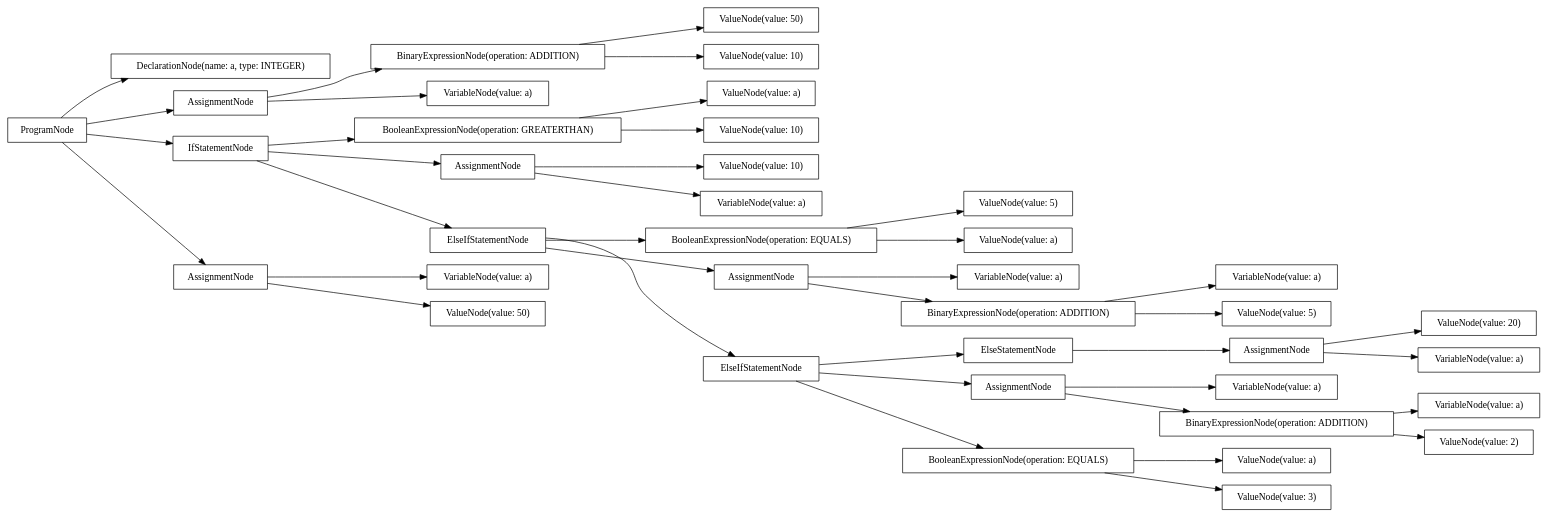
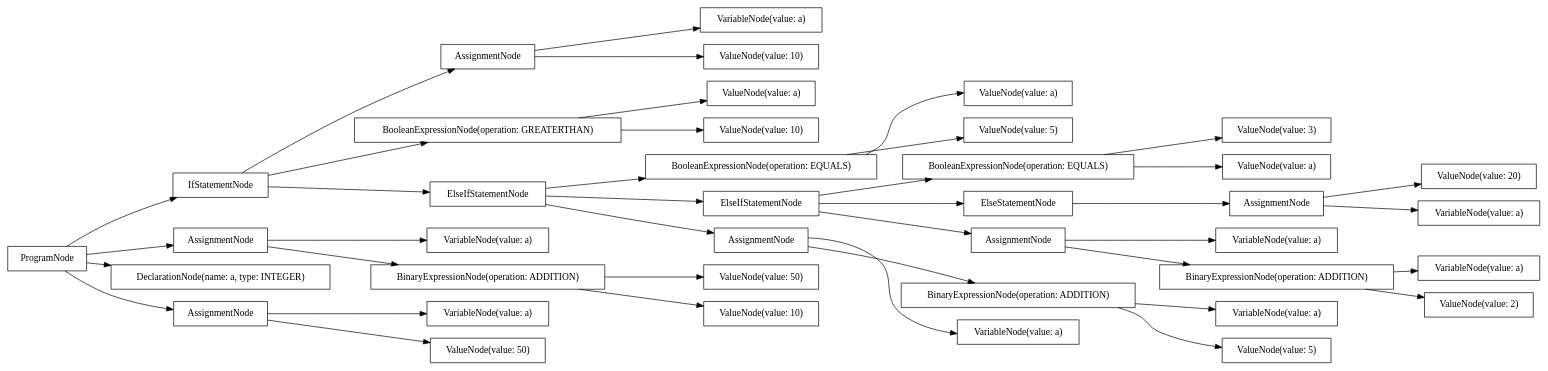
One commit to AtLeastITry/ANTLR-Python-Compiler changed the diagram in src/output/dot/example-boolean.dot. Above: the diagram before and after it, drawn with Graphviz. The commit also changed 16 other files, not shown here.

```diff
--- a/src/output/dot/example-boolean.dot
+++ b/src/output/dot/example-boolean.dot
@@ -1,80 +1,80 @@
 digraph G {
 rankdir=LR
-"5b54dadd-e4da-4c85-8fff-c4022298f5b3" [label="DeclarationNode(name: a, type: INTEGER)" shape="box"];
-"40d6277c-c546-4fe8-a763-1e968d8f633e" [label="ValueNode(value: a)" shape="box"];
-"5d114851-eccb-4537-88cd-ee0627b91c4f" [label="ValueNode(value: 20)" shape="box"];
-"ebc1dec5-547e-4a84-934c-5d6a033ab121" [label="AssignmentNode" shape="box"];
-"e0390fdb-f159-4ec2-957a-8147b85d535d" [label="VariableNode(value: a)" shape="box"];
-"e85bd9a0-87e4-47e6-8d9d-8c4341fb0059" [label="BinaryExpressionNode(operation: ADDITION)" shape="box"];
-"d0046372-ad0a-4121-8c4f-9066afc0bdb1" [label="AssignmentNode" shape="box"];
-"485bfdc8-808f-4115-8783-376295cc712c" [label="BinaryExpressionNode(operation: ADDITION)" shape="box"];
-"13a90191-a103-4cd7-90d2-b9d2e34dcba8" [label="BooleanExpressionNode(operation: GREATERTHAN)" shape="box"];
-"e4d9e9c6-6020-46f5-90cf-e9c9f33a09ba" [label="VariableNode(value: a)" shape="box"];
-"efdd9ed7-e2f0-476e-aaa0-9ef239670baf" [label="BooleanExpressionNode(operation: EQUALS)" shape="box"];
-"66d54c8b-cdeb-4f06-8825-0381a30dff95" [label="IfStatementNode" shape="box"];
-"b554511f-868f-4105-a782-c584e2c1ca89" [label="ValueNode(value: 10)" shape="box"];
-"a6132900-87b8-4828-9f2f-ffb277f902b5" [label="VariableNode(value: a)" shape="box"];
-"330a4d1b-792f-4abd-a0a6-6e9a5263694f" [label="AssignmentNode" shape="box"];
-"a66a5472-7f75-423e-9249-67812744f588" [label="AssignmentNode" shape="box"];
-"44d74aa0-46c2-460c-bb8d-82a3e39b4414" [label="VariableNode(value: a)" shape="box"];
-"f71a151b-416f-4f9f-afce-1e0c53b5d05e" [label="ValueNode(value: 50)" shape="box"];
-"41940ca3-608d-4087-9f34-4ed15377b5b5" [label="ElseStatementNode" shape="box"];
-"60b3863a-c818-447d-9cc4-b00a15d4e86d" [label="ProgramNode" shape="box"];
-"2636d471-edf1-4a66-a6b7-ed4f1967f393" [label="ValueNode(value: 3)" shape="box"];
-"adbf619c-8660-4fed-9bed-cfd37de9a59b" [label="VariableNode(value: a)" shape="box"];
-"3299a80d-1f5f-4ec8-ace6-3ad7f42a3d3d" [label="ValueNode(value: 50)" shape="box"];
-"cc70c560-7e6d-4f61-941f-3d5818f986c7" [label="ValueNode(value: 2)" shape="box"];
-"9db5a51b-49c9-47fe-bbcd-3ed4f6f29054" [label="ElseIfStatementNode" shape="box"];
-"1053f2f2-ccf5-4da9-955c-106ee120e847" [label="AssignmentNode" shape="box"];
-"19855a9e-fa7c-4e3b-bac4-8780b5ae8f1f" [label="VariableNode(value: a)" shape="box"];
-"1c11fd54-ecbe-4e8a-8010-da07f3df9c13" [label="ValueNode(value: a)" shape="box"];
-"dd7a55a1-badf-4e80-92b4-ee3a22af13c9" [label="ValueNode(value: 5)" shape="box"];
-"441b0ca7-5146-4376-9bfd-2f9cef15918a" [label="ValueNode(value: 5)" shape="box"];
-"0555c87e-a9ed-4f95-b517-00e205de290a" [label="VariableNode(value: a)" shape="box"];
-"a5de8999-632c-43f6-99d5-0b425773a58a" [label="ValueNode(value: a)" shape="box"];
-"ab9c3578-8b5b-4695-bc8e-ad6d51cd1870" [label="ValueNode(value: 10)" shape="box"];
-"2e18c14f-9d7e-4c19-a05b-e6bee778f4d9" [label="ElseIfStatementNode" shape="box"];
-"d33f120b-1941-46bb-9d6a-ef41d977be66" [label="ValueNode(value: 10)" shape="box"];
-"9a4e03cb-e791-4708-b849-e323ce5826db" [label="AssignmentNode" shape="box"];
-"a1d406e5-8cc2-432e-ac57-ced7cab223da" [label="VariableNode(value: a)" shape="box"];
-"a691ee25-c38b-475f-8583-134d3562f4bb" [label="BooleanExpressionNode(operation: EQUALS)" shape="box"];
-"a5c0d56d-7bc3-4dc1-a9d4-a3548d4972dd" [label="BinaryExpressionNode(operation: ADDITION)" shape="box"];
-"60b3863a-c818-447d-9cc4-b00a15d4e86d" -> "5b54dadd-e4da-4c85-8fff-c4022298f5b3";
-"60b3863a-c818-447d-9cc4-b00a15d4e86d" -> "9a4e03cb-e791-4708-b849-e323ce5826db";
-"9a4e03cb-e791-4708-b849-e323ce5826db" -> "adbf619c-8660-4fed-9bed-cfd37de9a59b";
-"9a4e03cb-e791-4708-b849-e323ce5826db" -> "3299a80d-1f5f-4ec8-ace6-3ad7f42a3d3d";
-"60b3863a-c818-447d-9cc4-b00a15d4e86d" -> "66d54c8b-cdeb-4f06-8825-0381a30dff95";
-"66d54c8b-cdeb-4f06-8825-0381a30dff95" -> "13a90191-a103-4cd7-90d2-b9d2e34dcba8";
-"13a90191-a103-4cd7-90d2-b9d2e34dcba8" -> "1c11fd54-ecbe-4e8a-8010-da07f3df9c13";
-"13a90191-a103-4cd7-90d2-b9d2e34dcba8" -> "ab9c3578-8b5b-4695-bc8e-ad6d51cd1870";
-"66d54c8b-cdeb-4f06-8825-0381a30dff95" -> "330a4d1b-792f-4abd-a0a6-6e9a5263694f";
-"330a4d1b-792f-4abd-a0a6-6e9a5263694f" -> "a6132900-87b8-4828-9f2f-ffb277f902b5";
-"330a4d1b-792f-4abd-a0a6-6e9a5263694f" -> "b554511f-868f-4105-a782-c584e2c1ca89";
-"66d54c8b-cdeb-4f06-8825-0381a30dff95" -> "2e18c14f-9d7e-4c19-a05b-e6bee778f4d9";
-"2e18c14f-9d7e-4c19-a05b-e6bee778f4d9" -> "efdd9ed7-e2f0-476e-aaa0-9ef239670baf";
-"efdd9ed7-e2f0-476e-aaa0-9ef239670baf" -> "a5de8999-632c-43f6-99d5-0b425773a58a";
-"efdd9ed7-e2f0-476e-aaa0-9ef239670baf" -> "441b0ca7-5146-4376-9bfd-2f9cef15918a";
-"2e18c14f-9d7e-4c19-a05b-e6bee778f4d9" -> "a66a5472-7f75-423e-9249-67812744f588";
-"a66a5472-7f75-423e-9249-67812744f588" -> "e0390fdb-f159-4ec2-957a-8147b85d535d";
-"a66a5472-7f75-423e-9249-67812744f588" -> "e85bd9a0-87e4-47e6-8d9d-8c4341fb0059";
-"e85bd9a0-87e4-47e6-8d9d-8c4341fb0059" -> "19855a9e-fa7c-4e3b-bac4-8780b5ae8f1f";
-"e85bd9a0-87e4-47e6-8d9d-8c4341fb0059" -> "dd7a55a1-badf-4e80-92b4-ee3a22af13c9";
-"2e18c14f-9d7e-4c19-a05b-e6bee778f4d9" -> "9db5a51b-49c9-47fe-bbcd-3ed4f6f29054";
-"9db5a51b-49c9-47fe-bbcd-3ed4f6f29054" -> "a691ee25-c38b-475f-8583-134d3562f4bb";
-"a691ee25-c38b-475f-8583-134d3562f4bb" -> "40d6277c-c546-4fe8-a763-1e968d8f633e";
-"a691ee25-c38b-475f-8583-134d3562f4bb" -> "2636d471-edf1-4a66-a6b7-ed4f1967f393";
-"9db5a51b-49c9-47fe-bbcd-3ed4f6f29054" -> "1053f2f2-ccf5-4da9-955c-106ee120e847";
-"1053f2f2-ccf5-4da9-955c-106ee120e847" -> "e4d9e9c6-6020-46f5-90cf-e9c9f33a09ba";
-"1053f2f2-ccf5-4da9-955c-106ee120e847" -> "a5c0d56d-7bc3-4dc1-a9d4-a3548d4972dd";
-"a5c0d56d-7bc3-4dc1-a9d4-a3548d4972dd" -> "44d74aa0-46c2-460c-bb8d-82a3e39b4414";
-"a5c0d56d-7bc3-4dc1-a9d4-a3548d4972dd" -> "cc70c560-7e6d-4f61-941f-3d5818f986c7";
-"9db5a51b-49c9-47fe-bbcd-3ed4f6f29054" -> "41940ca3-608d-4087-9f34-4ed15377b5b5";
-"41940ca3-608d-4087-9f34-4ed15377b5b5" -> "d0046372-ad0a-4121-8c4f-9066afc0bdb1";
-"d0046372-ad0a-4121-8c4f-9066afc0bdb1" -> "0555c87e-a9ed-4f95-b517-00e205de290a";
-"d0046372-ad0a-4121-8c4f-9066afc0bdb1" -> "5d114851-eccb-4537-88cd-ee0627b91c4f";
-"60b3863a-c818-447d-9cc4-b00a15d4e86d" -> "ebc1dec5-547e-4a84-934c-5d6a033ab121";
-"ebc1dec5-547e-4a84-934c-5d6a033ab121" -> "a1d406e5-8cc2-432e-ac57-ced7cab223da";
-"ebc1dec5-547e-4a84-934c-5d6a033ab121" -> "485bfdc8-808f-4115-8783-376295cc712c";
-"485bfdc8-808f-4115-8783-376295cc712c" -> "d33f120b-1941-46bb-9d6a-ef41d977be66";
-"485bfdc8-808f-4115-8783-376295cc712c" -> "f71a151b-416f-4f9f-afce-1e0c53b5d05e";
+"056d68b5-1c5a-4bd9-ac76-d879fc753563" [label="VariableNode(value: a)" shape="box"];
+"910bc364-d30c-4750-89e6-8b339c42cae7" [label="VariableNode(value: a)" shape="box"];
+"a17f1d7f-00c7-488e-8e1f-476583a67996" [label="ValueNode(value: 2)" shape="box"];
+"3a7664a3-7414-4352-b82d-a73f00e3fc26" [label="ValueNode(value: a)" shape="box"];
+"e0ff7432-14a5-4001-b9fc-33d4d6c8000d" [label="ValueNode(value: 3)" shape="box"];
+"79c21303-ec14-4fd1-b26d-0b97922ca197" [label="VariableNode(value: a)" shape="box"];
+"9a9ebf2d-bc9e-4e6f-be57-4d4811175d0d" [label="BinaryExpressionNode(operation: ADDITION)" shape="box"];
+"4278be20-f519-4742-bce0-ae8191d3d9b9" [label="AssignmentNode" shape="box"];
+"f931f819-f55b-40c9-a4b4-8eca323c4df2" [label="BooleanExpressionNode(operation: GREATERTHAN)" shape="box"];
+"30824691-ca99-4523-891e-f6ecba1a7b4a" [label="VariableNode(value: a)" shape="box"];
+"3f95559d-6126-421d-8212-9b641d8c6784" [label="BooleanExpressionNode(operation: EQUALS)" shape="box"];
+"c026826d-abb5-42ea-a973-4dcf2b7e69d9" [label="IfStatementNode" shape="box"];
+"b5d9e8f3-29d3-4d6f-8710-d4c0d68fac99" [label="ValueNode(value: a)" shape="box"];
+"30bdd246-f32b-44f8-83b6-6686307a9df0" [label="BooleanExpressionNode(operation: EQUALS)" shape="box"];
+"1c186acc-18ff-4808-97b9-0ffab192d121" [label="AssignmentNode" shape="box"];
+"bde918db-64b5-4ee8-bec4-d9c2b1fa13c7" [label="ValueNode(value: a)" shape="box"];
+"66e86729-da51-48cb-8568-c87192aa7a30" [label="ElseStatementNode" shape="box"];
+"509d89c9-5059-420e-9209-fd7425c11467" [label="ValueNode(value: 20)" shape="box"];
+"052afe60-bb52-40f6-b158-f02cfc740bb5" [label="ElseIfStatementNode" shape="box"];
+"d71dfcdf-efb1-4a0c-8ca7-49be2e4ff208" [label="VariableNode(value: a)" shape="box"];
+"231bbb53-2444-4f9c-9d05-ecdcfc8c0661" [label="AssignmentNode" shape="box"];
+"a93387a8-a980-4316-83c8-711026016eb0" [label="AssignmentNode" shape="box"];
+"2118fe91-ddf3-4960-b61b-4aaec85ed954" [label="AssignmentNode" shape="box"];
+"2017dd74-14c8-424e-b50f-e1396ca75551" [label="ValueNode(value: 50)" shape="box"];
+"7ca74f19-9496-49e5-aacb-bed418ccd838" [label="ValueNode(value: 10)" shape="box"];
+"68fdd791-a230-49d6-8048-d3f7d1ea7ff9" [label="BinaryExpressionNode(operation: ADDITION)" shape="box"];
+"c75d41c0-0568-49b7-a43a-a68aea62e5b6" [label="VariableNode(value: a)" shape="box"];
+"06719703-7900-4796-b887-bae905e2eb4f" [label="ValueNode(value: 5)" shape="box"];
+"526847c7-7588-47b0-b5eb-e886b293abc4" [label="ValueNode(value: 5)" shape="box"];
+"21103529-5a16-464c-9e18-5b1c576d0ce5" [label="ValueNode(value: 50)" shape="box"];
+"626ec897-c671-4e16-939a-ab8bd7417ce1" [label="VariableNode(value: a)" shape="box"];
+"448c7957-6c59-41c4-9e2d-18b1228c25a6" [label="BinaryExpressionNode(operation: ADDITION)" shape="box"];
+"34289306-2741-42d5-a2ba-e76e34a28a3e" [label="ValueNode(value: 10)" shape="box"];
+"fbd14fc6-2f02-4aa1-9021-c796e566a596" [label="ValueNode(value: 10)" shape="box"];
+"cd7fdddd-22e2-4cf9-9a5a-4898ff252caa" [label="ProgramNode" shape="box"];
+"7875740a-f4ca-4056-8832-34d8be182aeb" [label="DeclarationNode(name: a, type: INTEGER)" shape="box"];
+"33789439-519f-434d-83b0-b2d3e63336f9" [label="VariableNode(value: a)" shape="box"];
+"ab4acdd1-06a6-4269-9e43-e04c9a971eb7" [label="AssignmentNode" shape="box"];
+"b10c782f-c87a-4e63-8d93-8a89117d8563" [label="ElseIfStatementNode" shape="box"];
+"cd7fdddd-22e2-4cf9-9a5a-4898ff252caa" -> "7875740a-f4ca-4056-8832-34d8be182aeb";
+"cd7fdddd-22e2-4cf9-9a5a-4898ff252caa" -> "ab4acdd1-06a6-4269-9e43-e04c9a971eb7";
+"ab4acdd1-06a6-4269-9e43-e04c9a971eb7" -> "910bc364-d30c-4750-89e6-8b339c42cae7";
+"ab4acdd1-06a6-4269-9e43-e04c9a971eb7" -> "21103529-5a16-464c-9e18-5b1c576d0ce5";
+"cd7fdddd-22e2-4cf9-9a5a-4898ff252caa" -> "c026826d-abb5-42ea-a973-4dcf2b7e69d9";
+"c026826d-abb5-42ea-a973-4dcf2b7e69d9" -> "f931f819-f55b-40c9-a4b4-8eca323c4df2";
+"f931f819-f55b-40c9-a4b4-8eca323c4df2" -> "3a7664a3-7414-4352-b82d-a73f00e3fc26";
+"f931f819-f55b-40c9-a4b4-8eca323c4df2" -> "fbd14fc6-2f02-4aa1-9021-c796e566a596";
+"c026826d-abb5-42ea-a973-4dcf2b7e69d9" -> "4278be20-f519-4742-bce0-ae8191d3d9b9";
+"4278be20-f519-4742-bce0-ae8191d3d9b9" -> "30824691-ca99-4523-891e-f6ecba1a7b4a";
+"4278be20-f519-4742-bce0-ae8191d3d9b9" -> "7ca74f19-9496-49e5-aacb-bed418ccd838";
+"c026826d-abb5-42ea-a973-4dcf2b7e69d9" -> "b10c782f-c87a-4e63-8d93-8a89117d8563";
+"b10c782f-c87a-4e63-8d93-8a89117d8563" -> "30bdd246-f32b-44f8-83b6-6686307a9df0";
+"30bdd246-f32b-44f8-83b6-6686307a9df0" -> "b5d9e8f3-29d3-4d6f-8710-d4c0d68fac99";
+"30bdd246-f32b-44f8-83b6-6686307a9df0" -> "06719703-7900-4796-b887-bae905e2eb4f";
+"b10c782f-c87a-4e63-8d93-8a89117d8563" -> "231bbb53-2444-4f9c-9d05-ecdcfc8c0661";
+"231bbb53-2444-4f9c-9d05-ecdcfc8c0661" -> "626ec897-c671-4e16-939a-ab8bd7417ce1";
+"231bbb53-2444-4f9c-9d05-ecdcfc8c0661" -> "68fdd791-a230-49d6-8048-d3f7d1ea7ff9";
+"68fdd791-a230-49d6-8048-d3f7d1ea7ff9" -> "c75d41c0-0568-49b7-a43a-a68aea62e5b6";
+"68fdd791-a230-49d6-8048-d3f7d1ea7ff9" -> "526847c7-7588-47b0-b5eb-e886b293abc4";
+"b10c782f-c87a-4e63-8d93-8a89117d8563" -> "052afe60-bb52-40f6-b158-f02cfc740bb5";
+"052afe60-bb52-40f6-b158-f02cfc740bb5" -> "3f95559d-6126-421d-8212-9b641d8c6784";
+"3f95559d-6126-421d-8212-9b641d8c6784" -> "bde918db-64b5-4ee8-bec4-d9c2b1fa13c7";
+"3f95559d-6126-421d-8212-9b641d8c6784" -> "e0ff7432-14a5-4001-b9fc-33d4d6c8000d";
+"052afe60-bb52-40f6-b158-f02cfc740bb5" -> "2118fe91-ddf3-4960-b61b-4aaec85ed954";
+"2118fe91-ddf3-4960-b61b-4aaec85ed954" -> "d71dfcdf-efb1-4a0c-8ca7-49be2e4ff208";
+"2118fe91-ddf3-4960-b61b-4aaec85ed954" -> "448c7957-6c59-41c4-9e2d-18b1228c25a6";
+"448c7957-6c59-41c4-9e2d-18b1228c25a6" -> "056d68b5-1c5a-4bd9-ac76-d879fc753563";
+"448c7957-6c59-41c4-9e2d-18b1228c25a6" -> "a17f1d7f-00c7-488e-8e1f-476583a67996";
+"052afe60-bb52-40f6-b158-f02cfc740bb5" -> "66e86729-da51-48cb-8568-c87192aa7a30";
+"66e86729-da51-48cb-8568-c87192aa7a30" -> "a93387a8-a980-4316-83c8-711026016eb0";
+"a93387a8-a980-4316-83c8-711026016eb0" -> "33789439-519f-434d-83b0-b2d3e63336f9";
+"a93387a8-a980-4316-83c8-711026016eb0" -> "509d89c9-5059-420e-9209-fd7425c11467";
+"cd7fdddd-22e2-4cf9-9a5a-4898ff252caa" -> "1c186acc-18ff-4808-97b9-0ffab192d121";
+"1c186acc-18ff-4808-97b9-0ffab192d121" -> "79c21303-ec14-4fd1-b26d-0b97922ca197";
+"1c186acc-18ff-4808-97b9-0ffab192d121" -> "9a9ebf2d-bc9e-4e6f-be57-4d4811175d0d";
+"9a9ebf2d-bc9e-4e6f-be57-4d4811175d0d" -> "34289306-2741-42d5-a2ba-e76e34a28a3e";
+"9a9ebf2d-bc9e-4e6f-be57-4d4811175d0d" -> "2017dd74-14c8-424e-b50f-e1396ca75551";
 }
```
